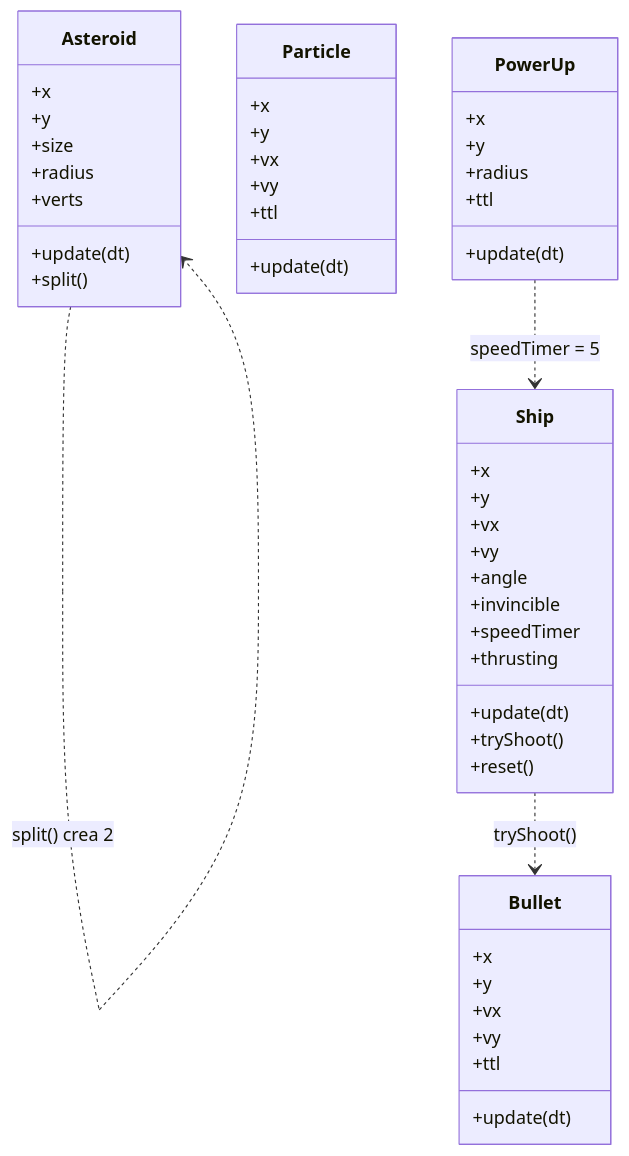
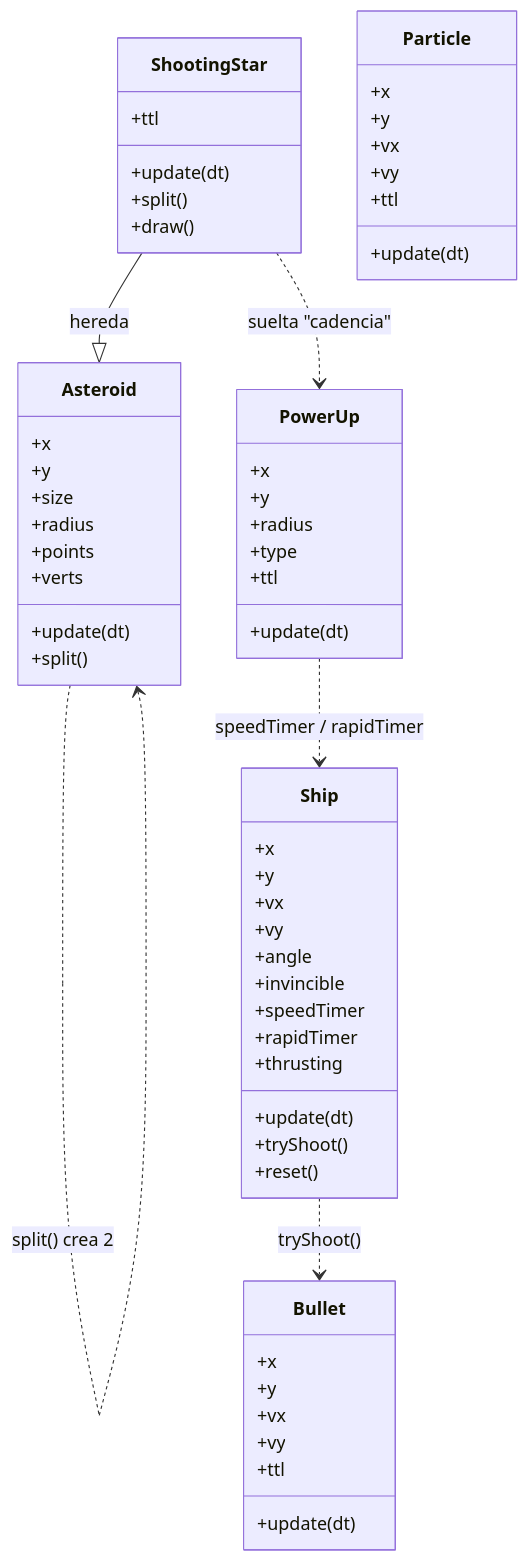
The fourth of 5 diagrams in ARCHITECTURE.md (dalwork/opencode-asteroids), drawn with Mermaid before and after one commit. The commit also changed other lines of this file and 3 other files, not shown here.

````diff
--- a/ARCHITECTURE.md
+++ b/ARCHITECTURE.md
@@ -99,51 +99,62 @@
 ```mermaid
 classDiagram
     class Ship {
       +x
       +y
       +vx
       +vy
       +angle
       +invincible
       +speedTimer
+      +rapidTimer
       +thrusting
       +update(dt)
       +tryShoot()
       +reset()
     }
     class Bullet {
       +x
       +y
       +vx
       +vy
       +ttl
       +update(dt)
     }
     class Asteroid {
       +x
       +y
       +size
       +radius
+      +points
       +verts
       +update(dt)
       +split()
+    }
+    class ShootingStar {
+      +ttl
+      +update(dt)
+      +split()
+      +draw()
     }
     class Particle {
       +x
       +y
       +vx
       +vy
       +ttl
       +update(dt)
     }
     class PowerUp {
       +x
       +y
       +radius
+      +type
       +ttl
       +update(dt)
     }
     Ship ..> Bullet : tryShoot()
     Asteroid ..> Asteroid : split() crea 2
-    PowerUp ..> Ship : speedTimer = 5
+    ShootingStar --|> Asteroid : hereda
+    ShootingStar ..> PowerUp : suelta "cadencia"
+    PowerUp ..> Ship : speedTimer / rapidTimer
 ```
````
